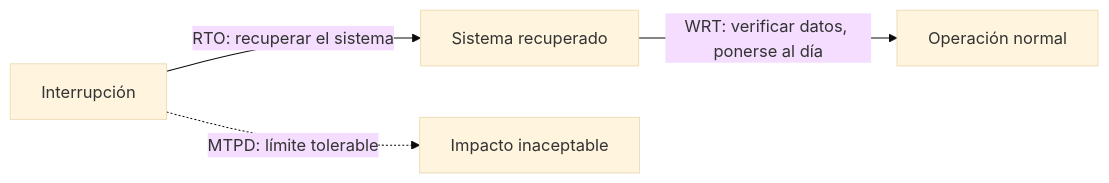
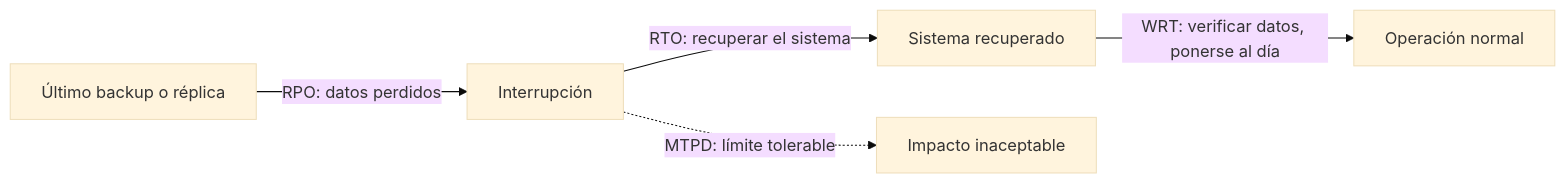
One commit to daedov/cuaderno-tecnico changed the second of 2 diagrams in docs/negocio/continuidad-negocio.md. Above: the diagram before and after it, drawn with Mermaid (base theme). The commit also changed other lines of this file and 15 other files, not shown here.

Commit message:
Networking, Python y Negocio: una sola tabla de equivalencias, RTO/RPO en un solo lugar y enlaces en vez de copias

````diff
--- a/docs/negocio/continuidad-negocio.md
+++ b/docs/negocio/continuidad-negocio.md
@@ -64,6 +64,7 @@
 ```mermaid
 flowchart LR
-    I[Interrupción] -->|RTO: recuperar el sistema| S[Sistema recuperado]
+    B[Último backup o réplica] -->|RPO: datos perdidos| I[Interrupción]
+    I -->|RTO: recuperar el sistema| S[Sistema recuperado]
     S -->|WRT: verificar datos, ponerse al día| N[Operación normal]
     I -.->|MTPD: límite tolerable| L[Impacto inaceptable]
 ```
````
